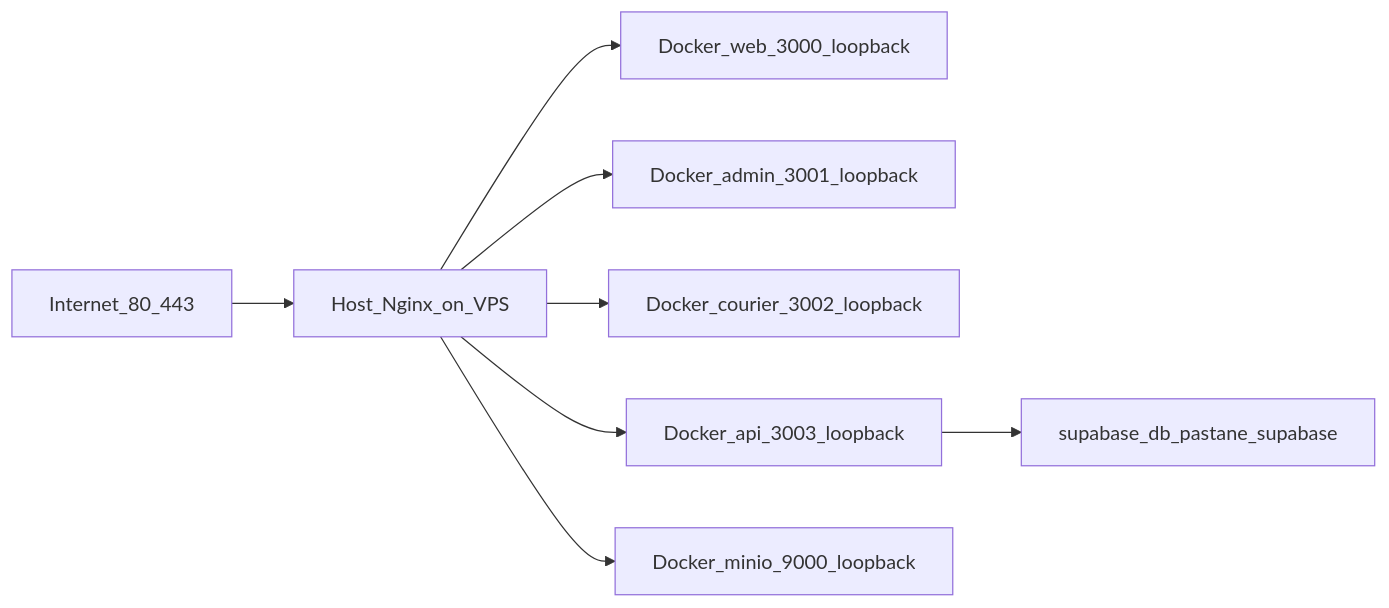
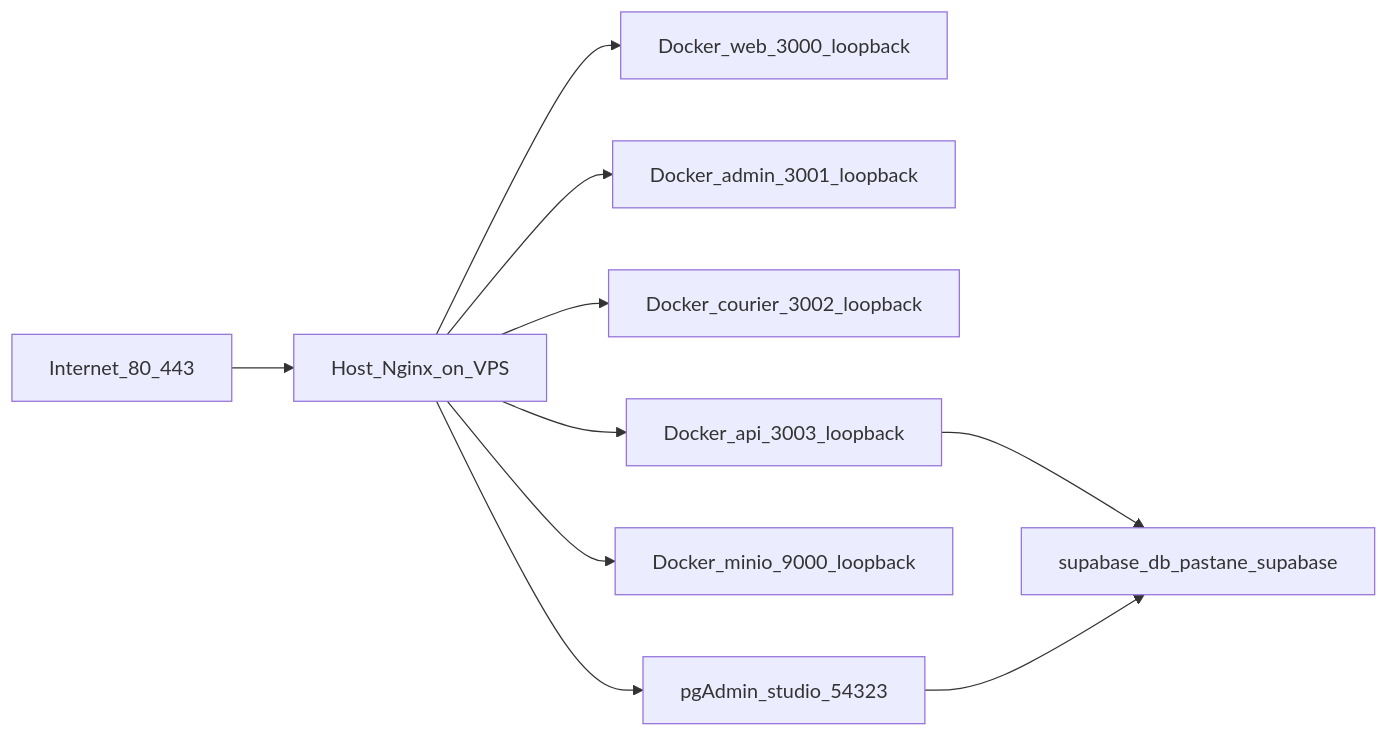
One commit to firatemu/Pastane changed the diagram in docs/OPERATIONS.md. Above: the diagram before and after it, drawn with Mermaid. The commit also changed other lines of this file and 19 other files, not shown here.

````diff
--- a/docs/OPERATIONS.md
+++ b/docs/OPERATIONS.md
@@ -5,18 +5,21 @@
 ```mermaid
 flowchart LR
   internet[Internet_80_443]
   nginx[Host_Nginx_on_VPS]
   web[Docker_web_3000_loopback]
   admin[Docker_admin_3001_loopback]
   courier[Docker_courier_3002_loopback]
   api[Docker_api_3003_loopback]
   minio[Docker_minio_9000_loopback]
   supadb[supabase_db_pastane_supabase]
+  studio[pgAdmin_studio_54323]
   internet --> nginx
   nginx --> web
   nginx --> admin
   nginx --> courier
   nginx --> api
   nginx --> minio
+  nginx --> studio
   api --> supadb
+  studio --> supadb
 ```
````
